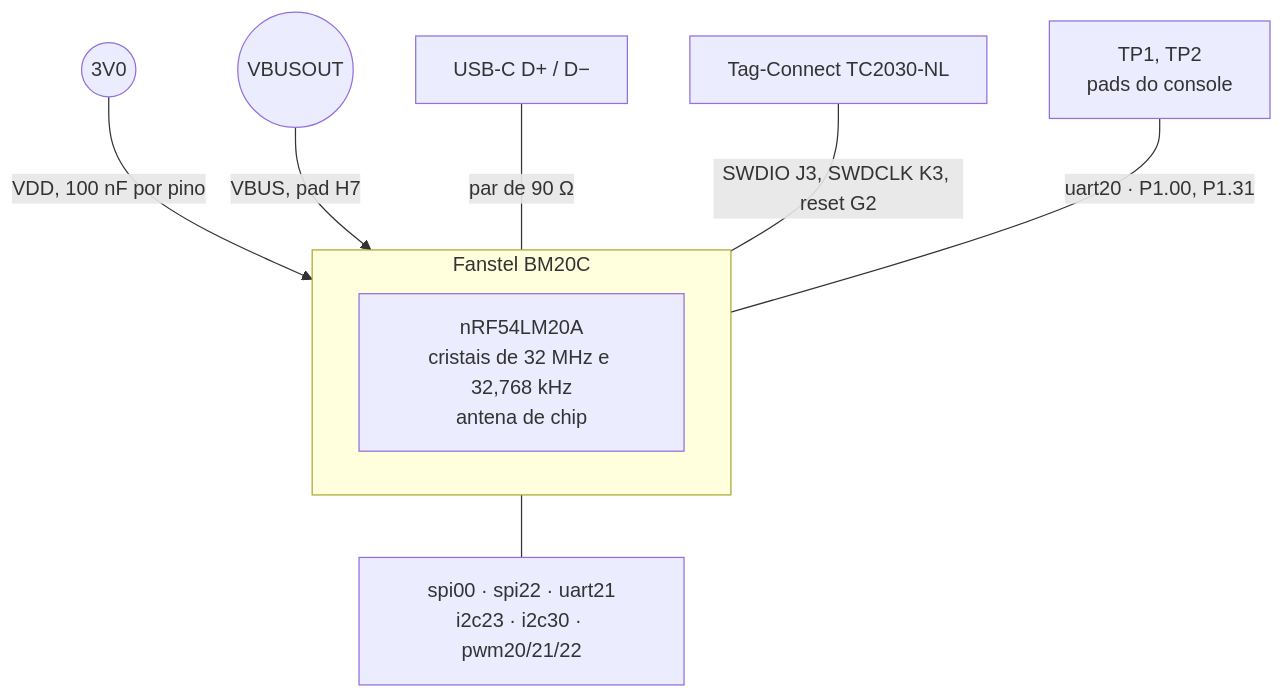
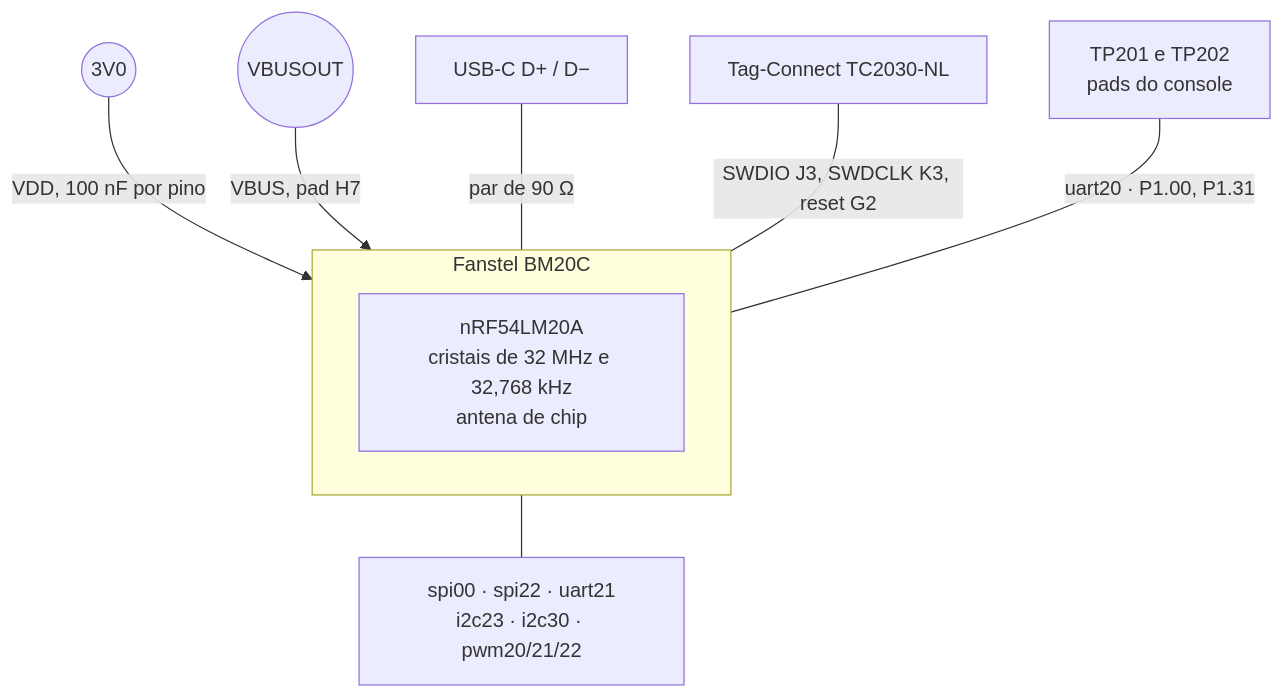
The second of 6 diagrams in hardware_gnssbike/01-esquematico.md (Guiimartinho/gnss-bike-computer), drawn with Mermaid before and after one commit. The commit also changed other lines of this file and 11 other files, not shown here.

First line of the commit message:
feat(hardware): finish the schematic, and the second dry-run that took it apart again

````diff
--- a/hardware_gnssbike/01-esquematico.md
+++ b/hardware_gnssbike/01-esquematico.md
@@ -101,12 +127,12 @@
 ```mermaid
 flowchart TB
     subgraph MOD["Fanstel BM20C"]
         NRF["nRF54LM20A<br/>cristais de 32 MHz e 32,768 kHz<br/>antena de chip"]
     end
     R3V0(("3V0")) -->|"VDD, 100 nF por pino"| MOD
     VOUT(("VBUSOUT")) -->|"VBUS, pad H7"| MOD
     USBD["USB-C D+ / D−"] ---|"par de 90 Ω"| MOD
     TC["Tag-Connect TC2030-NL"] ---|"SWDIO J3, SWDCLK K3, reset G2"| MOD
-    TP["TP1, TP2<br/>pads do console"] ---|"uart20 · P1.00, P1.31"| MOD
+    TP["TP201 e TP202<br/>pads do console"] ---|"uart20 · P1.00, P1.31"| MOD
     MOD --- BUSES["spi00 · spi22 · uart21<br/>i2c23 · i2c30 · pwm20/21/22"]
 ```
````
